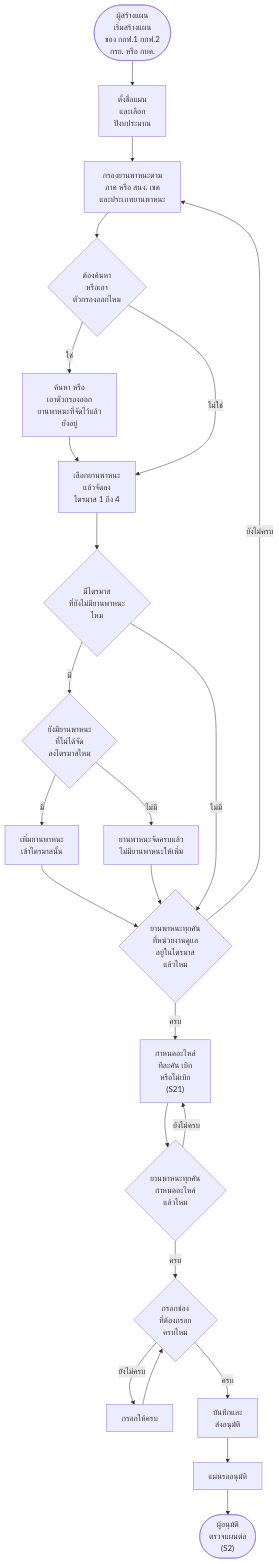
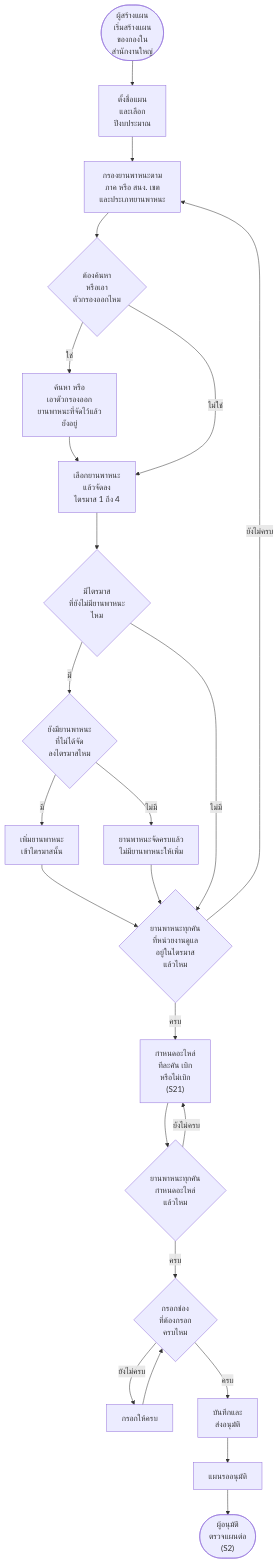
Before and after one commit to anugmail/Maintenance-Request-Form: the first of 18 diagrams in Diagram/01-บำรุงรักษาตามวาระ/27-บำรุงรักษา-flowchart-กิจกรรม.md, drawn with Mermaid. The commit also changed other lines of this file and 10 other files, not shown here.

````diff
--- a/Diagram/01-บำรุงรักษาตามวาระ/27-บำรุงรักษา-flowchart-กิจกรรม.md
+++ b/Diagram/01-บำรุงรักษาตามวาระ/27-บำรุงรักษา-flowchart-กิจกรรม.md
@@ -20,26 +20,26 @@
 ```mermaid
 flowchart TD
-    S(["ผู้สร้างแผน<br/>เริ่มสร้างแผน<br/>ของ กกฟ.1 กกฟ.2<br/>กรย. หรือ กบค."]) --> A1["ตั้งชื่อแผน<br/>และเลือก<br/>ปีงบประมาณ"]
+    S(["ผู้สร้างแผน<br/>เริ่มสร้างแผน<br/>ของกองใน<br/>สำนักงานใหญ่"]) --> A1["ตั้งชื่อแผน<br/>และเลือก<br/>ปีงบประมาณ"]
     A1 --> A2["กรองยานพาหนะตาม<br/>ภาค หรือ สนง. เขต<br/>และประเภทยานพาหนะ"]
     A2 --> Q1{"ต้องค้นหา<br/>หรือเอา<br/>ตัวกรองออกไหม"}
     Q1 -->|ใช่| A3["ค้นหา หรือ<br/>เอาตัวกรองออก<br/>ยานพาหนะที่จัดไว้แล้ว<br/>ยังอยู่"]
     A3 --> A4
     Q1 -->|ไม่ใช่| A4["เลือกยานพาหนะ<br/>แล้วจัดลง<br/>ไตรมาส 1 ถึง 4"]
     A4 --> Q2{"มีไตรมาส<br/>ที่ยังไม่มียานพาหนะ<br/>ไหม"}
     Q2 -->|มี| Q3{"ยังมียานพาหนะ<br/>ที่ไม่ได้จัด<br/>ลงไตรมาสไหม"}
     Q3 -->|มี| A5["เพิ่มยานพาหนะ<br/>เข้าไตรมาสนั้น"]
     Q3 -->|ไม่มี| A6["ยานพาหนะจัดครบแล้ว<br/>ไม่มียานพาหนะให้เพิ่ม"]
     A5 --> Q5
     A6 --> Q5
     Q2 -->|ไม่มี| Q5{"ยานพาหนะทุกคัน<br/>ที่หน่วยงานดูแล<br/>อยู่ในไตรมาส<br/>แล้วไหม"}
     Q5 -->|ยังไม่ครบ| A2
     Q5 -->|ครบ| A7["กำหนดอะไหล่<br/>ทีละคัน เบิก<br/>หรือไม่เบิก<br/>(S21)"]
     A7 --> Q4{"ยานพาหนะทุกคัน<br/>กำหนดอะไหล่<br/>แล้วไหม"}
     Q4 -->|ยังไม่ครบ| A7
     Q4 -->|ครบ| Q6{"กรอกช่อง<br/>ที่ต้องกรอก<br/>ครบไหม"}
     Q6 -->|ยังไม่ครบ| A8["กรอกให้ครบ"]
     A8 --> Q6
     Q6 -->|ครบ| A9["บันทึกและ<br/>ส่งอนุมัติ"]
     A9 --> A10["แผนรออนุมัติ"]
     A10 --> E(["ผู้อนุมัติ<br/>ตรวจแผนต่อ<br/>(S2)"])
 ```
````
